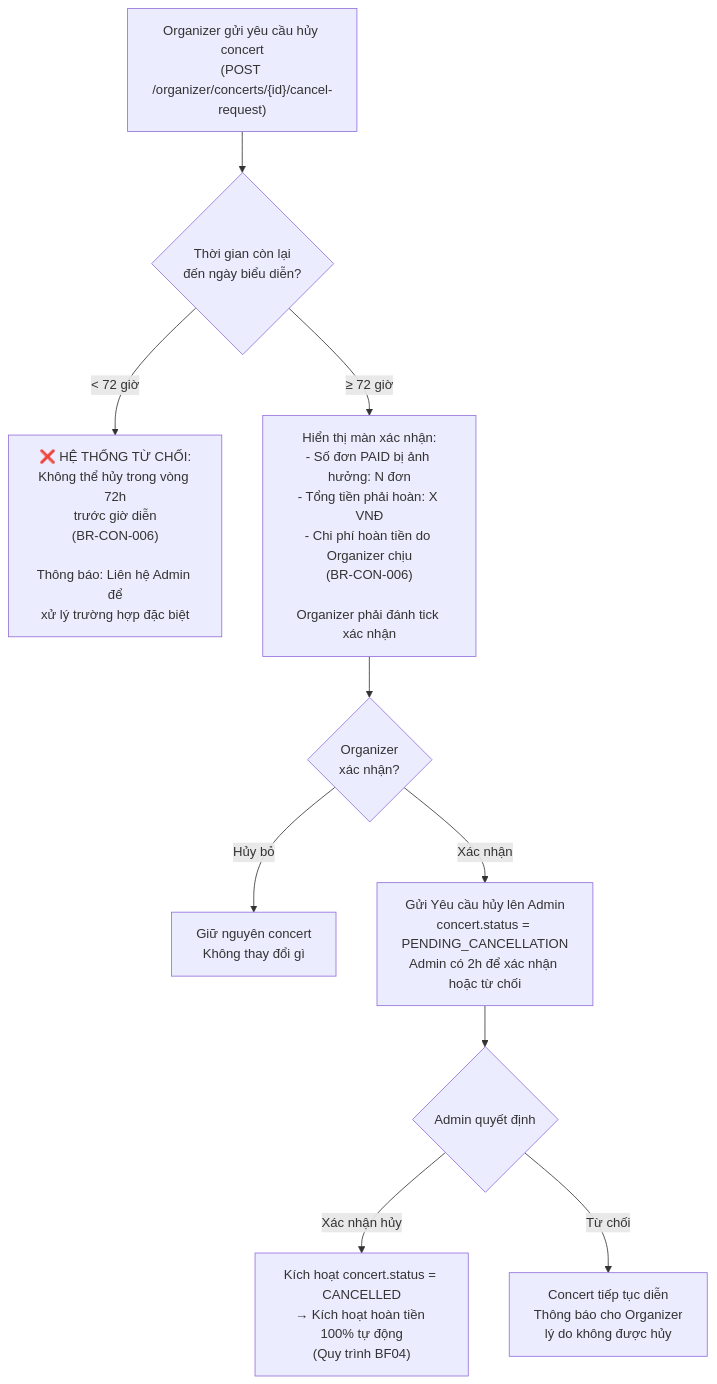
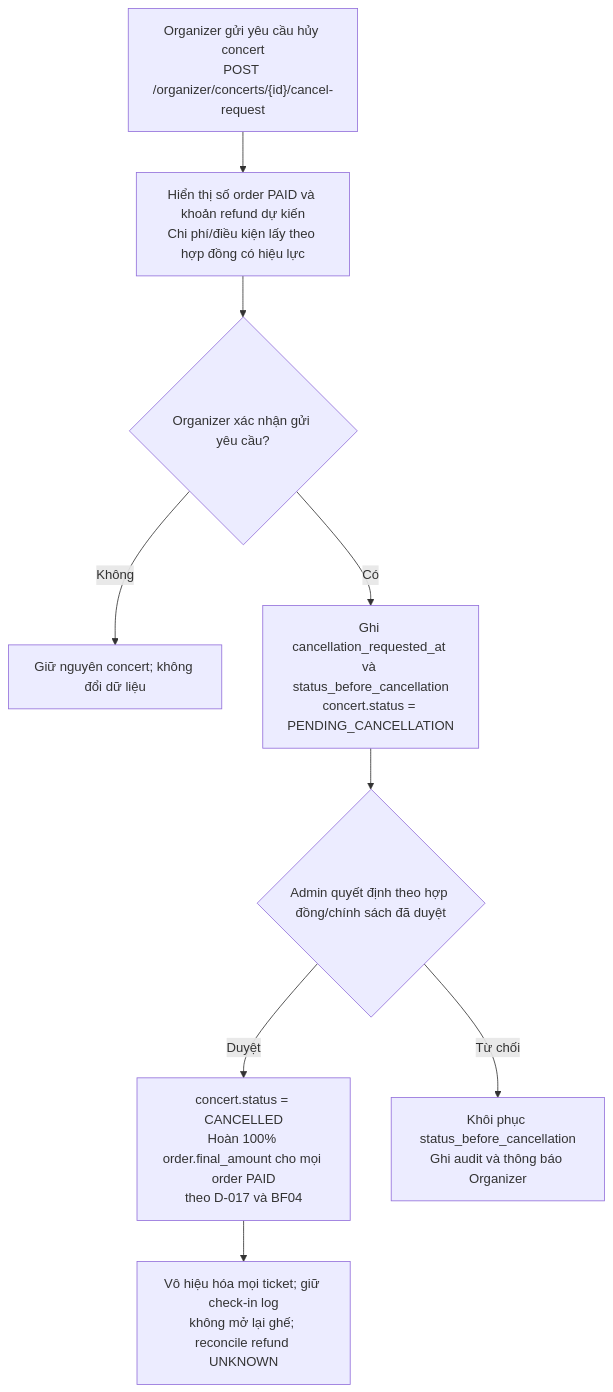
The third of 5 diagrams in business-analysis/02_State_Machines_And_Workflows/02_Business_Flows/BF05_Concert_Approval_And_Cancellation_Flow.md (toanteng11/concert-ticketing-docs), drawn with Mermaid before and after one commit. The commit also changed other lines of this file and 57 other files, not shown here.

````diff
--- a/business-analysis/02_State_Machines_And_Workflows/02_Business_Flows/BF05_Concert_Approval_And_Cancellation_Flow.md
+++ b/business-analysis/02_State_Machines_And_Workflows/02_Business_Flows/BF05_Concert_Approval_And_Cancellation_Flow.md
@@ -98,16 +98,11 @@
 ```mermaid
 flowchart TD
-    A["Organizer gửi yêu cầu hủy concert\n(POST /organizer/concerts/{id}/cancel-request)"] --> B{"Thời gian còn lại\nđến ngày biểu diễn?"}
-
-    B -->|"< 72 giờ"| REJECT["❌ HỆ THỐNG TỪ CHỐI:\nKhông thể hủy trong vòng 72h\ntrước giờ diễn\n(BR-CON-006)\n\nThông báo: Liên hệ Admin để\nxử lý trường hợp đặc biệt"]
-
-    B -->|"≥ 72 giờ"| CONFIRM["Hiển thị màn xác nhận:\n- Số đơn PAID bị ảnh hưởng: N đơn\n- Tổng tiền phải hoàn: X VNĐ\n- Chi phí hoàn tiền do Organizer chịu\n(BR-CON-006)\n\nOrganizer phải đánh tick xác nhận"]
-
-    CONFIRM --> ORG_CONFIRM{"Organizer\nxác nhận?"}
-    ORG_CONFIRM -->|Hủy bỏ| CANCEL_FLOW["Giữ nguyên concert\nKhông thay đổi gì"]
-    ORG_CONFIRM -->|Xác nhận| SEND_TO_ADMIN["Gửi Yêu cầu hủy lên Admin\nconcert.status = PENDING_CANCELLATION\nAdmin có 2h để xác nhận hoặc từ chối"]
-
-    SEND_TO_ADMIN --> ADMIN_DECISION{"Admin quyết định"}
-    ADMIN_DECISION -->|Xác nhận hủy| EXECUTE_CANCEL["Kích hoạt concert.status = CANCELLED\n→ Kích hoạt hoàn tiền 100% tự động\n(Quy trình BF04)"]
-    ADMIN_DECISION -->|Từ chối| KEEP["Concert tiếp tục diễn\nThông báo cho Organizer\nlý do không được hủy"]
+    A["Organizer gửi yêu cầu hủy concert<br/>POST /organizer/concerts/{id}/cancel-request"] --> REVIEW["Hiển thị số order PAID và khoản refund dự kiến<br/>Chi phí/điều kiện lấy theo hợp đồng có hiệu lực"]
+    REVIEW --> ORG_CONFIRM{"Organizer xác nhận gửi yêu cầu?"}
+    ORG_CONFIRM -->|Không| CANCEL_FLOW["Giữ nguyên concert; không đổi dữ liệu"]
+    ORG_CONFIRM -->|Có| SEND_TO_ADMIN["Ghi cancellation_requested_at và status_before_cancellation<br/>concert.status = PENDING_CANCELLATION"]
+    SEND_TO_ADMIN --> ADMIN_DECISION{"Admin quyết định theo hợp đồng/chính sách đã duyệt"}
+    ADMIN_DECISION -->|Duyệt| EXECUTE_CANCEL["concert.status = CANCELLED<br/>Hoàn 100% order.final_amount cho mọi order PAID<br/>theo D-017 và BF04"]
+    ADMIN_DECISION -->|Từ chối| KEEP["Khôi phục status_before_cancellation<br/>Ghi audit và thông báo Organizer"]
+    EXECUTE_CANCEL --> FINAL["Vô hiệu hóa mọi ticket; giữ check-in log<br/>không mở lại ghế; reconcile refund UNKNOWN"]
 ```
````
